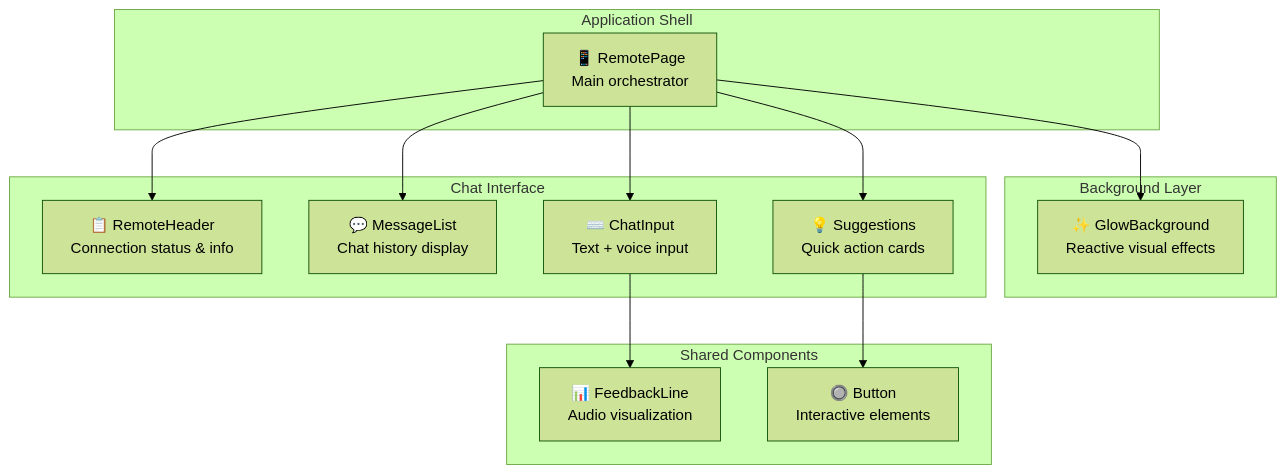
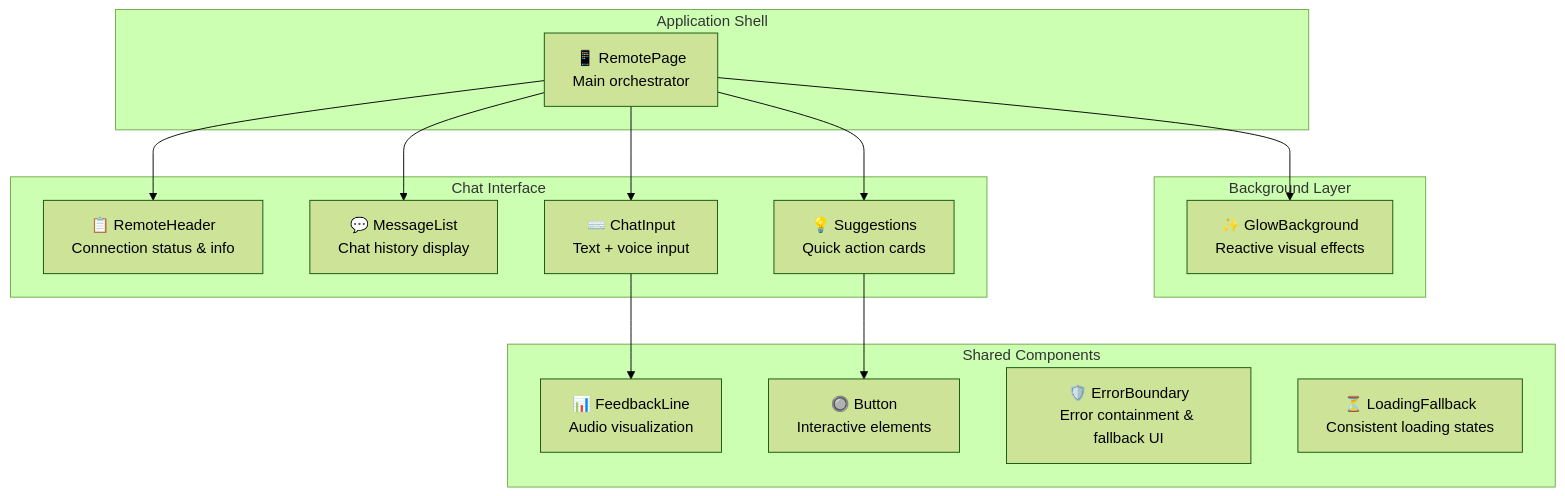
The first of 2 diagrams in src/docs/pages/remote/ui.md (RoyAtUneeQ/kiosk-sama), drawn with Mermaid (forest theme) before and after one commit. The commit also changed other lines of this file and 2 other files, not shown here.

````diff
--- a/src/docs/pages/remote/ui.md
+++ b/src/docs/pages/remote/ui.md
@@ -7,31 +7,33 @@
 ```mermaid
 graph TB
     subgraph "Application Shell"
         RemotePage[📱 RemotePage<br/>Main orchestrator]
     end
     
     subgraph "Background Layer"
         GlowBackground[✨ GlowBackground<br/>Reactive visual effects]
     end
     
     subgraph "Chat Interface"
         RemoteHeader[📋 RemoteHeader<br/>Connection status & info]
         MessageList[💬 MessageList<br/>Chat history display]
         Suggestions[💡 Suggestions<br/>Quick action cards]
         ChatInput[⌨️ ChatInput<br/>Text + voice input]
     end
     
     subgraph "Shared Components"
         FeedbackLine[📊 FeedbackLine<br/>Audio visualization]
         Button[🔘 Button<br/>Interactive elements]
+        ErrorBoundary[🛡️ ErrorBoundary<br/>Error containment & fallback UI]
+        LoadingFallback[⏳ LoadingFallback<br/>Consistent loading states]
     end
     
     RemotePage --> GlowBackground
     RemotePage --> RemoteHeader
     RemotePage --> MessageList
     RemotePage --> Suggestions
     RemotePage --> ChatInput
     
     ChatInput --> FeedbackLine
     Suggestions --> Button
 ```
````
